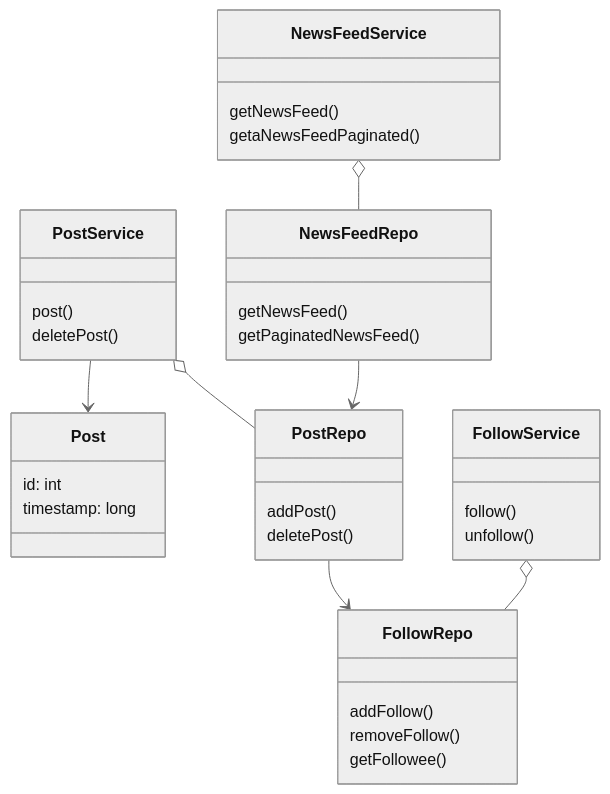
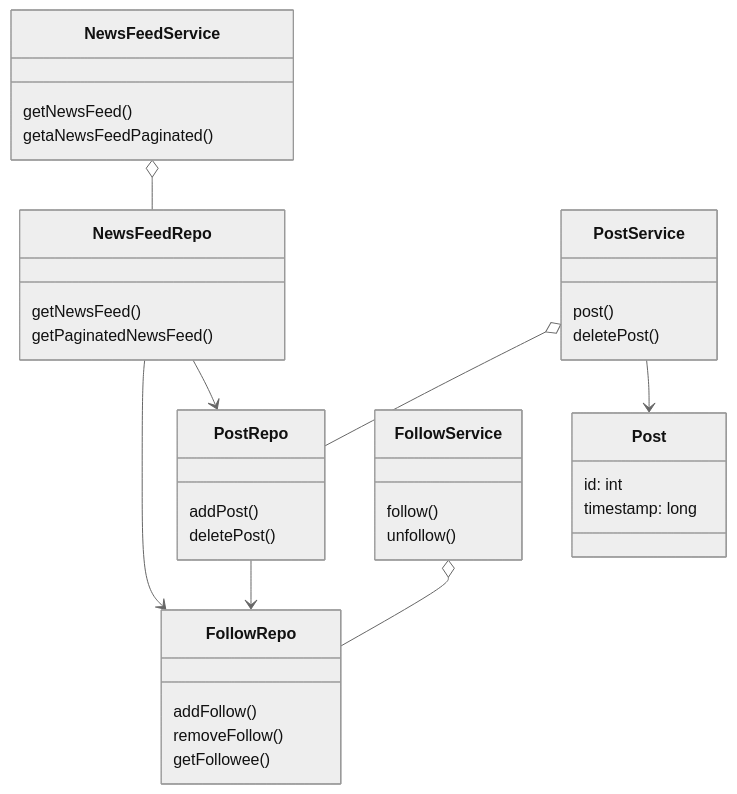
Before and after one commit to abusk/MyLLDs: the diagram in facebook-subsystem/LLD.md, drawn with Mermaid (neutral theme).

Commit message:
update facebook system

````diff
--- a/facebook-subsystem/LLD.md
+++ b/facebook-subsystem/LLD.md
@@ -22,38 +22,39 @@
 ```mermaid
 classDiagram
 class Post {
         id: int
         timestamp: long
 }
 class FollowRepo {
         addFollow()
         removeFollow()
         getFollowee()
 }
 class NewsFeedRepo {
         getNewsFeed()
         getPaginatedNewsFeed()
 }
 class PostRepo {
         addPost()
         deletePost()
 }
 class FollowService {
         follow()
         unfollow()
 }
 class NewsFeedService {
         getNewsFeed()
         getaNewsFeedPaginated()
 } 
 class PostService {
         post()
         deletePost()
 }
 PostService --> Post
 PostService o-- PostRepo
 NewsFeedRepo --> PostRepo
+NewsFeedRepo --> FollowRepo 
 PostRepo --> FollowRepo 
 NewsFeedService o-- NewsFeedRepo
 FollowService o-- FollowRepo
 ```
````
